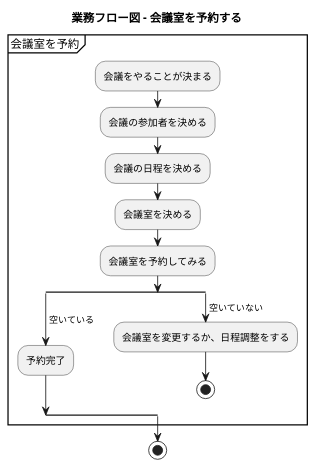
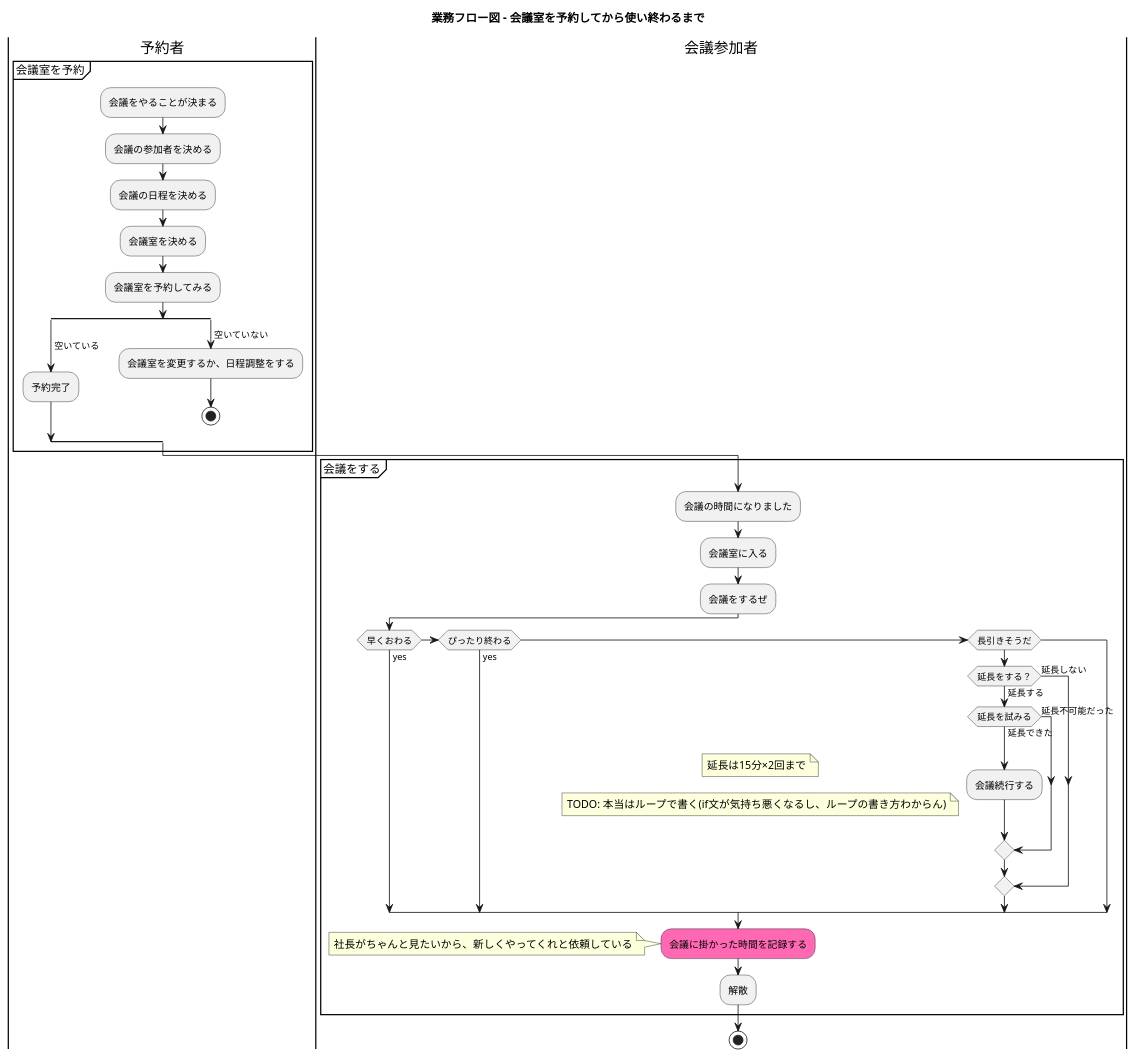
One commit to ModelingKai/meeting-room-python changed the diagram in diagram/業務フロー図.puml. Above: the diagram before and after it, drawn with PlantUML.

Commit message:
業務フロー図を更新した。「会議室予約」→「会議室を予約して、会議が終わるまで」
- ドメインモデルを描こうとしたけど、迷ってしまった
  - 会議実績の予約がどう関連するかわからん
  - なんか自信が持てなかった
  - ユースケースの方でも、業務フロー図を書くことによって自身が持てたので、今回もそうしてみた
- 会議の生まれてから死ぬまでを図として表すことにより、ドメインモデルも整理ができるのではないかという説
  - その検証はこれからやる
- RDRAとかも使い切れると、武器が増えていい感じだ

```diff
--- a/diagram/業務フロー図.puml
+++ b/diagram/業務フロー図.puml
@@ -1,26 +1,56 @@
 @startuml
 
-title 業務フロー図 - 会議室を予約する
+title 業務フロー図 - 会議室を予約してから使い終わるまで
 
 
 |予約者|
 partition 会議室を予約 {
   :会議をやることが決まる;
   :会議の参加者を決める;
   :会議の日程を決める;
   :会議室を決める;
   :会議室を予約してみる;
   split
     -> 空いている;
     :予約完了;
   split again
     -> 空いていない;
     :会議室を変更するか、日程調整をする;
     stop
   end split
 }
 
+|会議参加者|
+
+partition 会議をする {
+:会議の時間になりました;
+:会議室に入る;
+:会議をするぜ;
+
+if (早くおわる) then (yes)
+
+elseif (ぴったり終わる) then (yes)
+
+elseif (長引きそうだ)
+  if (延長をする？) then (延長する)
+    if (延長を試みる) then (延長できた)
+      :会議続行する;
+      note left : 延長は15分×2回まで
+      note left : TODO: 本当はループで書く(if文が気持ち悪くなるし、ループの書き方わからん)
+    else (延長不可能だった)
+
+    endif
+  else (延長しない)
+
+  endif
+endif
+
+#HotPink:会議に掛かった時間を記録する;
+note left: 社長がちゃんと見たいから、新しくやってくれと依頼している
+:解散;
+
+}
 
 stop
 
 @enduml
```
